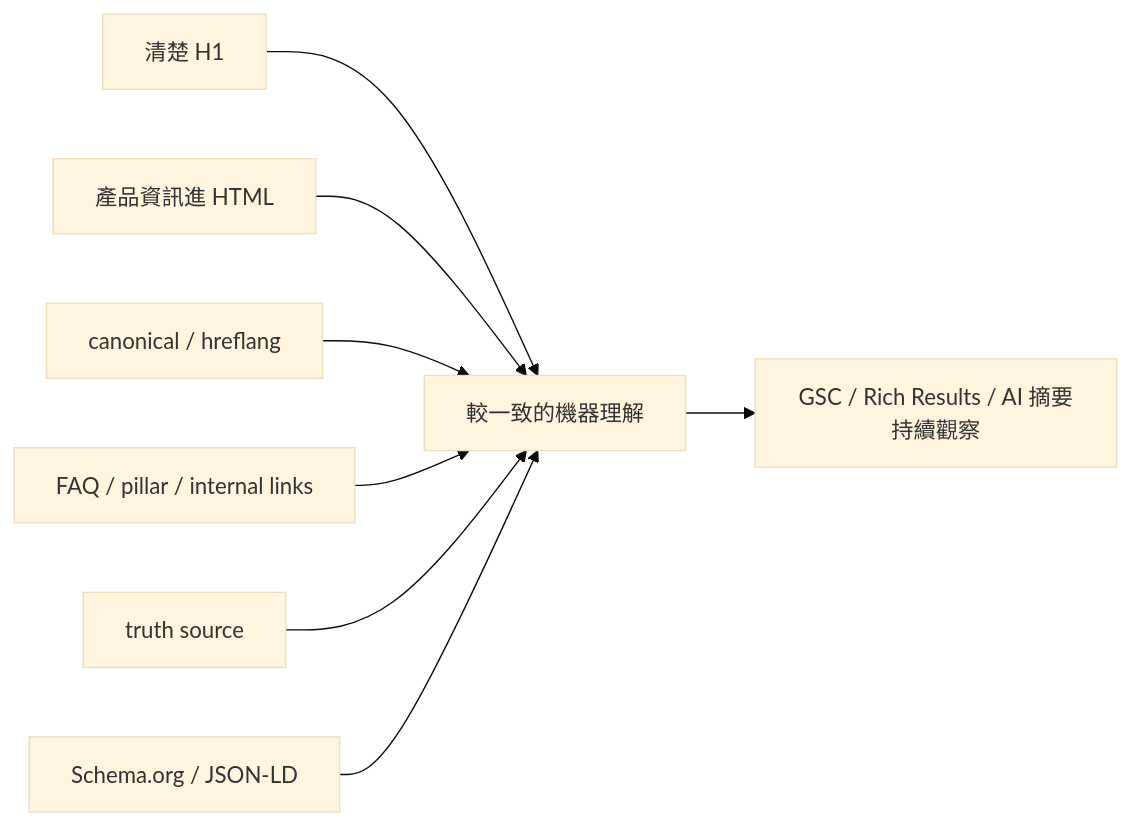
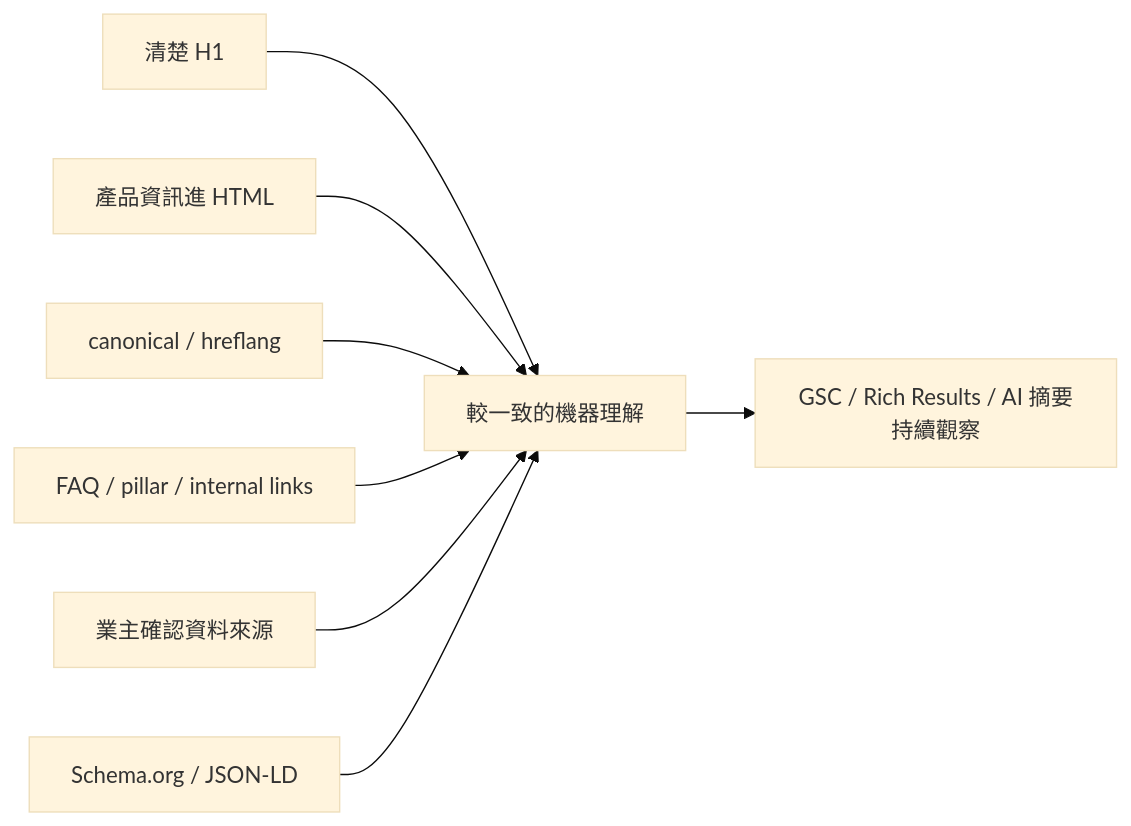
Before and after one commit to minxinchen/claude-cross-platform-workspace: the second of 2 diagrams in README.md, drawn with Mermaid (base theme). The commit also changed other lines of this file, not shown here.

````diff
--- a/README.md
+++ b/README.md
@@ -79,10 +79,10 @@
 ```mermaid
 flowchart LR
     A[清楚 H1] --> G[較一致的機器理解]
     B[產品資訊進 HTML] --> G
     C[canonical / hreflang] --> G
     D[FAQ / pillar / internal links] --> G
-    E[truth source] --> G
+    E[業主確認資料來源] --> G
     F[Schema.org / JSON-LD] --> G
     G --> H[GSC / Rich Results / AI 摘要持續觀察]
 ```
````
